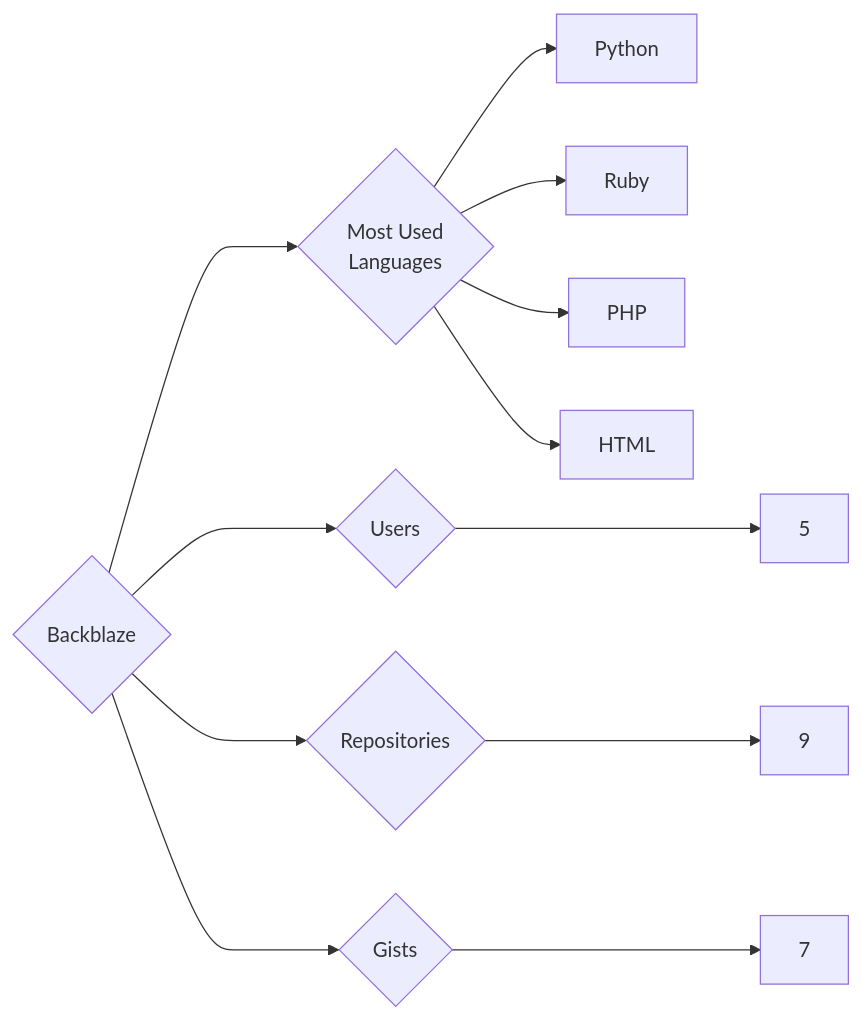
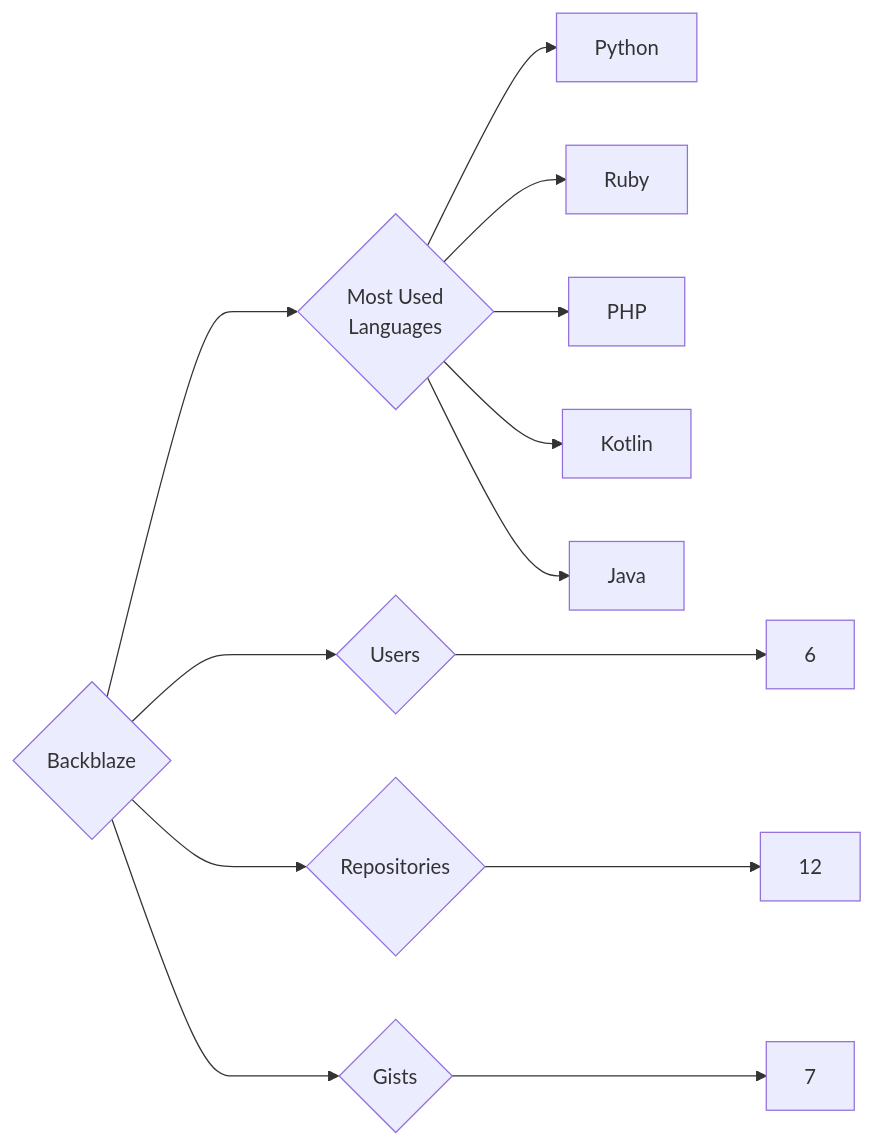
The diagram in targets/Backblaze/README.md (trickest/insiders), drawn with Mermaid before and after one commit. The commit also changed 993 other files, not shown here.

````diff
--- a/targets/Backblaze/README.md
+++ b/targets/Backblaze/README.md
@@ -3,12 +3,13 @@
 ```mermaid
 graph LR
 COMPANY_NAME{Backblaze}
-COMPANY_NAME ---> U{Users} ---> UN[5]
-COMPANY_NAME ---> R{Repositories} ---> RN[9]
+COMPANY_NAME ---> U{Users} ---> UN[6]
+COMPANY_NAME ---> R{Repositories} ---> RN[12]
 COMPANY_NAME ---> G{Gists} ---> GN[7]
 COMPANY_NAME ---> ML{Most Used<br>Languages}
 ML --> Python[Python]
 ML --> Ruby[Ruby]
 ML --> PHP[PHP]
-ML --> HTML[HTML]
+ML --> Kotlin[Kotlin]
+ML --> Java[Java]
 ```
````
